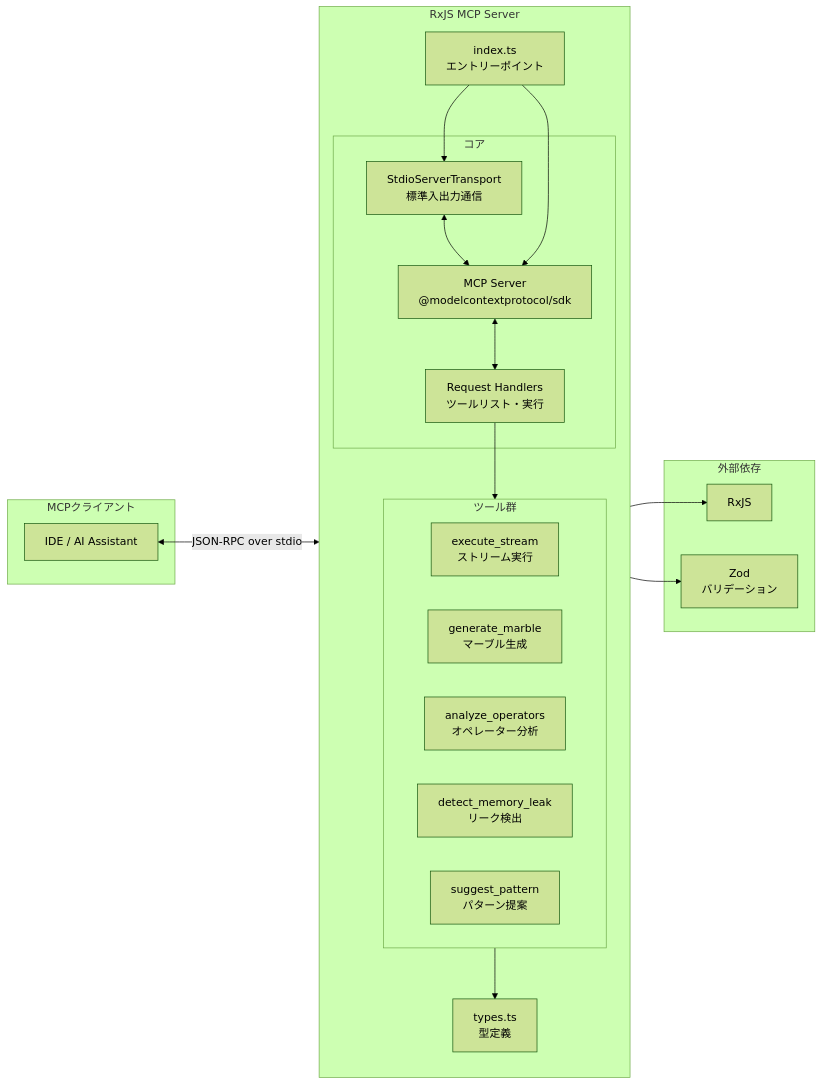
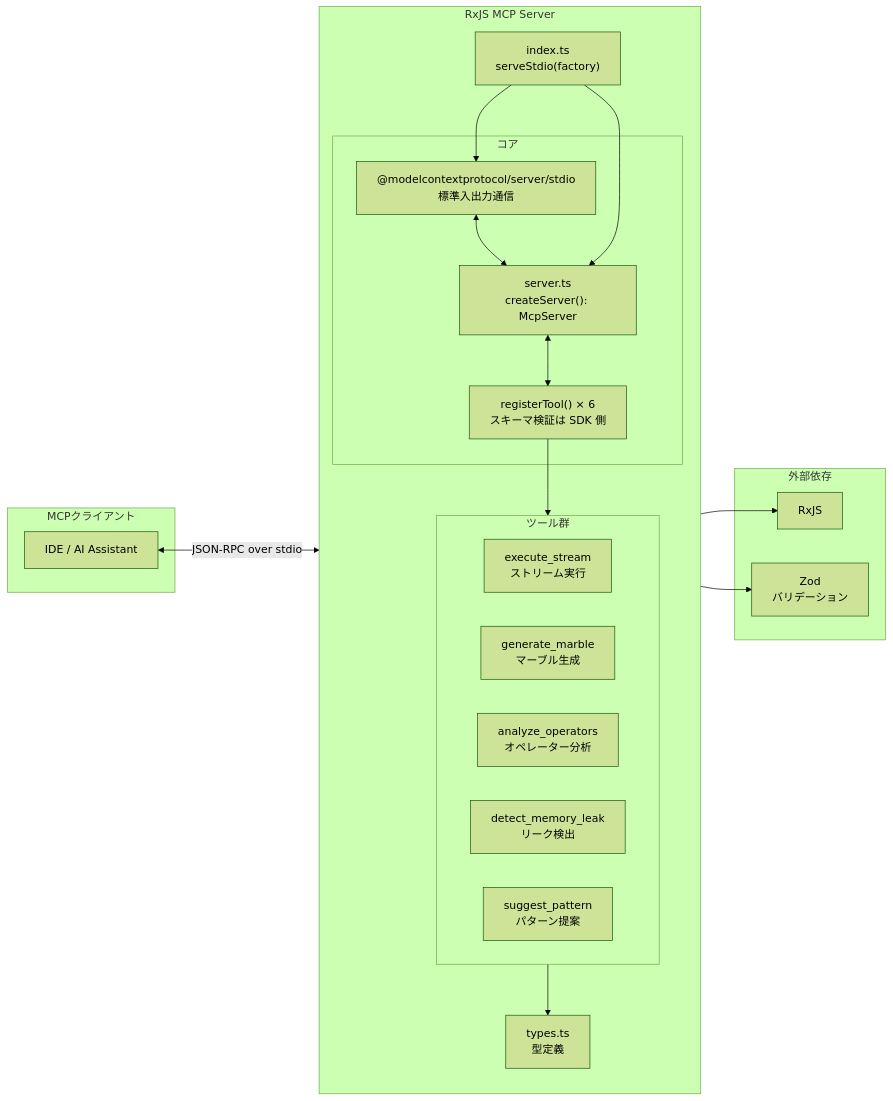
One commit to shuji-bonji/rxjs-mcp-server changed the first of 7 diagrams in FILE_STRUCTURE_JP.md. Above: the diagram before and after it, drawn with Mermaid (forest theme). The commit also changed other lines of this file and 10 other files, not shown here.

First line of the commit message:
feat: MCP SDK v2 移行と Claude Plugin 化 (0.5.0)

````diff
--- a/FILE_STRUCTURE_JP.md
+++ b/FILE_STRUCTURE_JP.md
@@ -38,43 +42,43 @@
 ```mermaid
 flowchart LR
     subgraph Client["MCPクライアント"]
         IDE["IDE / AI Assistant"]
     end
 
     subgraph Server["RxJS MCP Server"]
         direction TB
-        Entry["index.ts<br/>エントリーポイント"]
+        Entry["index.ts<br/>serveStdio(factory)"]
 
         subgraph Core["コア"]
-            MCPServer["MCP Server<br/>@modelcontextprotocol/sdk"]
-            Transport["StdioServerTransport<br/>標準入出力通信"]
-            Handlers["Request Handlers<br/>ツールリスト・実行"]
+            MCPServer["server.ts<br/>createServer(): McpServer"]
+            Transport["@modelcontextprotocol/server/stdio<br/>標準入出力通信"]
+            Handlers["registerTool() × 6<br/>スキーマ検証は SDK 側"]
         end
 
         subgraph Tools["ツール群"]
             direction LR
             T1["execute_stream<br/>ストリーム実行"]
             T2["generate_marble<br/>マーブル生成"]
             T3["analyze_operators<br/>オペレーター分析"]
             T4["detect_memory_leak<br/>リーク検出"]
             T5["suggest_pattern<br/>パターン提案"]
         end
 
         Types["types.ts<br/>型定義"]
     end
 
     subgraph External["外部依存"]
         RxJS["RxJS"]
         Zod["Zod<br/>バリデーション"]
     end
 
     IDE <-->|"JSON-RPC over stdio"| Transport
     Transport <--> MCPServer
     MCPServer <--> Handlers
     Entry --> MCPServer
     Entry --> Transport
     Handlers --> Tools
     Tools --> Types
     Tools --> RxJS
     Tools --> Zod
 ```
````
